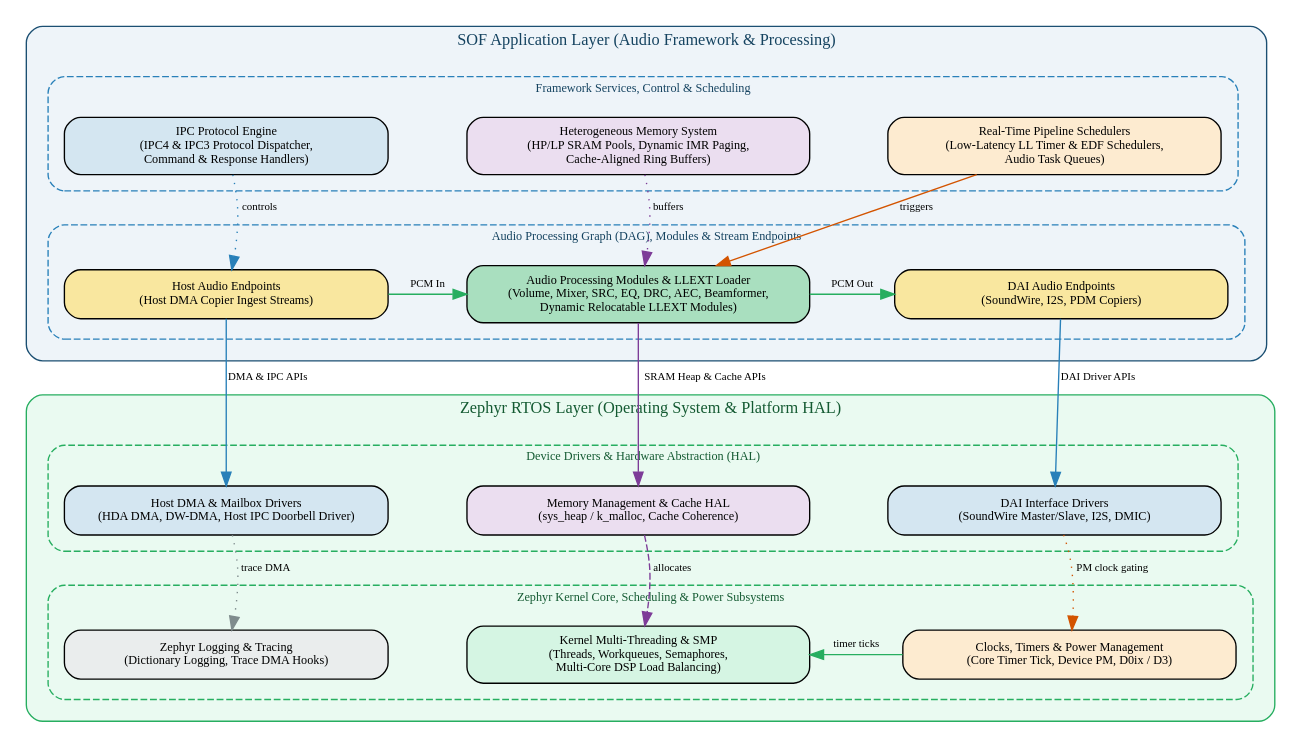
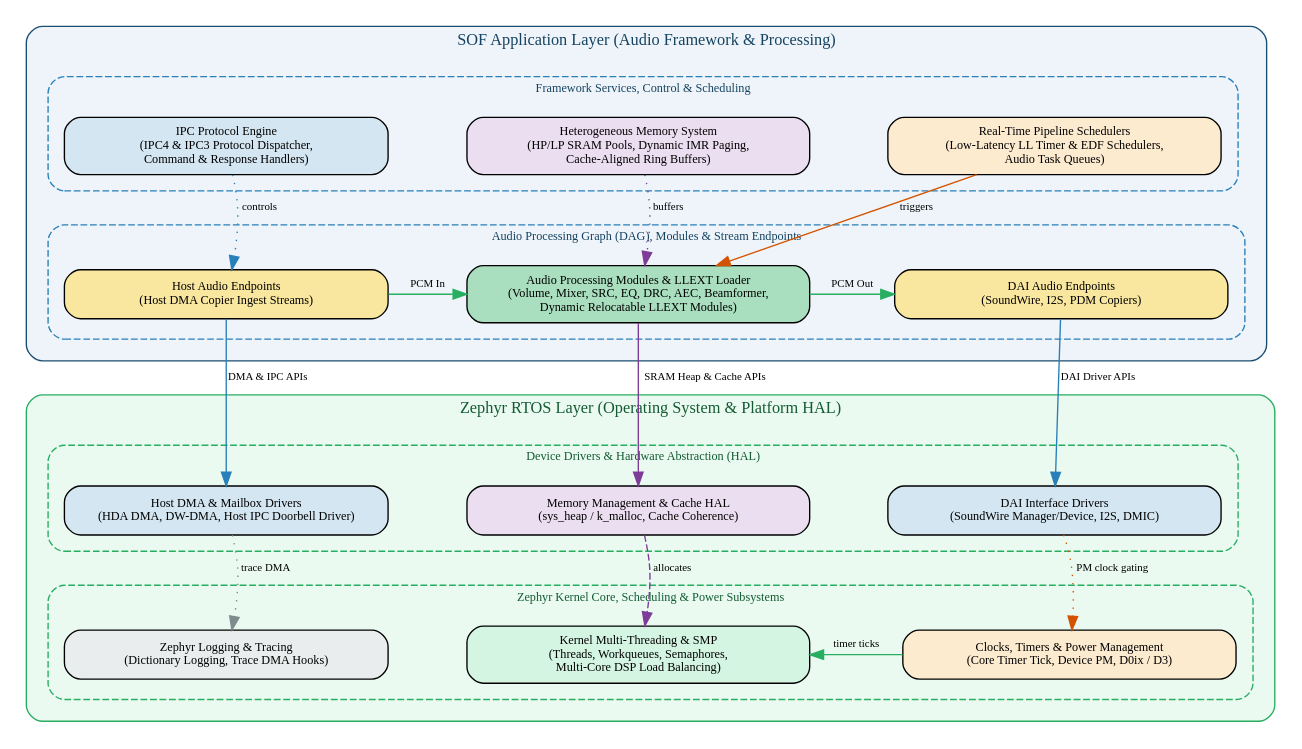
The third of 4 diagrams in architectures/index.rst (thesofproject/sof-docs), drawn with Graphviz before and after one commit. The commit also changed other lines of this file and 7 other files, not shown here.

```diff
--- a/architectures/index.rst
+++ b/architectures/index.rst
@@ -450,7 +450,7 @@
 
                z_dma_mbx [label="Host DMA & Mailbox Drivers\n(HDA DMA, DW-DMA, Host IPC Doorbell Driver)", fillcolor="#d4e6f1", width=3.3];
                z_mem_hal [label="Memory Management & Cache HAL\n(sys_heap / k_malloc, Cache Coherence)", fillcolor="#ebdef0", width=3.5];
-               z_dai_drv [label="DAI Interface Drivers\n(SoundWire Master/Slave, I2S, DMIC)", fillcolor="#d4e6f1", width=3.4];
+               z_dai_drv [label="DAI Interface Drivers\n(SoundWire Manager/Device, I2S, DMIC)", fillcolor="#d4e6f1", width=3.4];
 
                z_dma_mbx -> z_mem_hal -> z_dai_drv [style=invis, weight=10];
                { rank=same; z_dma_mbx; z_mem_hal; z_dai_drv; }
```
